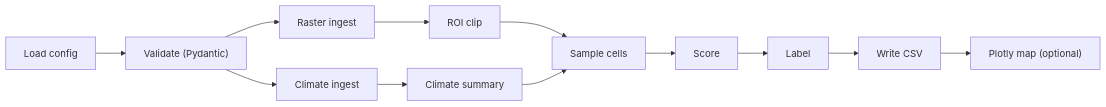
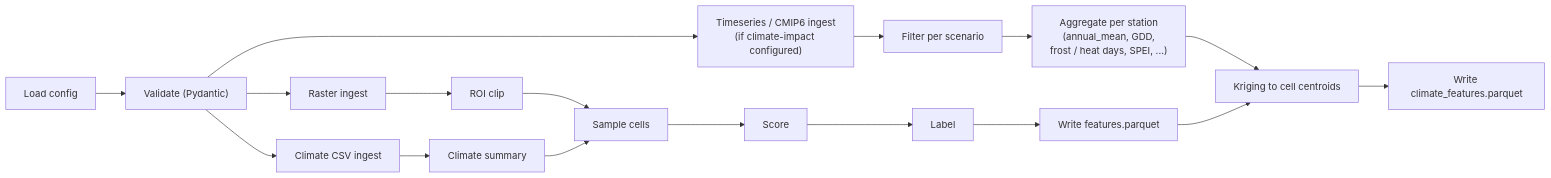
The diagram in paper/figure2_pipeline.mmd (gmarupilla/AgroTerraFlow), drawn with Mermaid before and after one commit. The commit also changed 20 other files, not shown here.

First line of the commit message:
feat(#138f): wire run_pipeline to climate-impact orchestrator (#150)

```diff
--- a/paper/figure2_pipeline.mmd
+++ b/paper/figure2_pipeline.mmd
@@ -1,16 +1,25 @@
 flowchart LR
 
     A["Load config"] --> B["Validate (Pydantic)"]
     B --> C["Raster ingest"]
-    B --> D["Climate ingest"]
+    B --> D["Climate CSV ingest"]
+    B --> T["Timeseries / CMIP6 ingest
+(if climate-impact configured)"]
 
     C --> E["ROI clip"]
     D --> F["Climate summary"]
 
     E --> G["Sample cells"]
     F --> G
 
     G --> H["Score"]
     H --> I["Label"]
-    I --> J["Write CSV"]
-    J --> K["Plotly map (optional)"]
+    I --> J["Write features.parquet"]
+
+    T --> TA["Filter per scenario"]
+    TA --> TR["Aggregate per station
+(annual_mean, GDD,
+frost / heat days, SPEI, ...)"]
+    TR --> TK["Kriging to cell centroids"]
+    J --> TK
+    TK --> TW["Write climate_features.parquet"]
```
